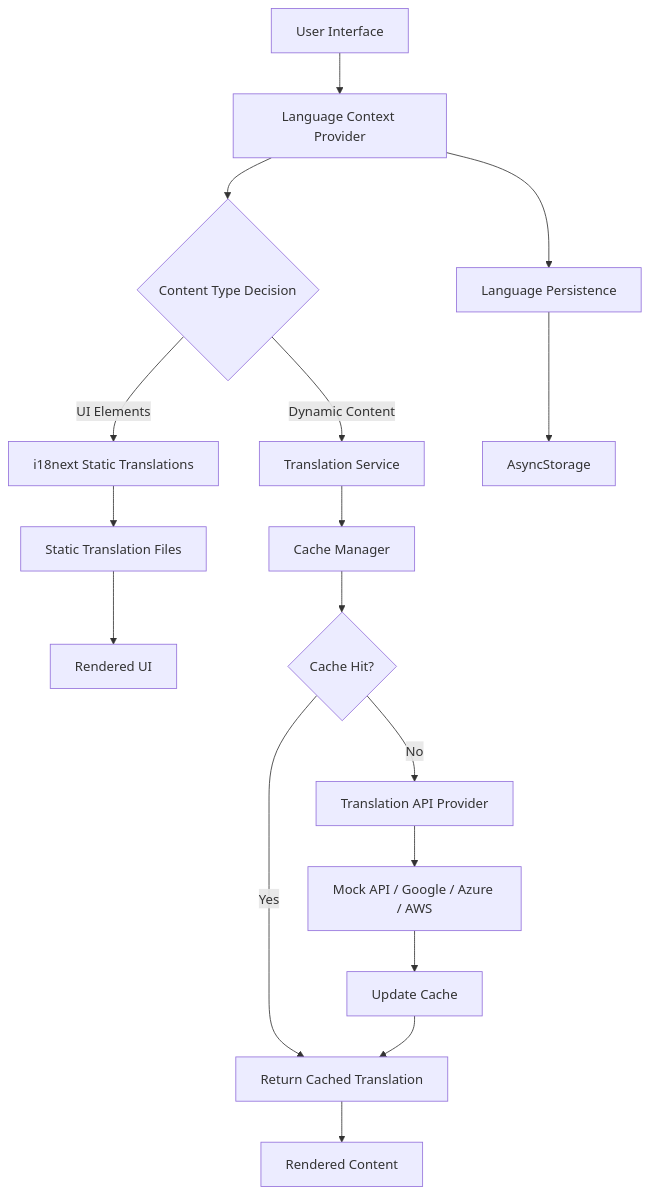
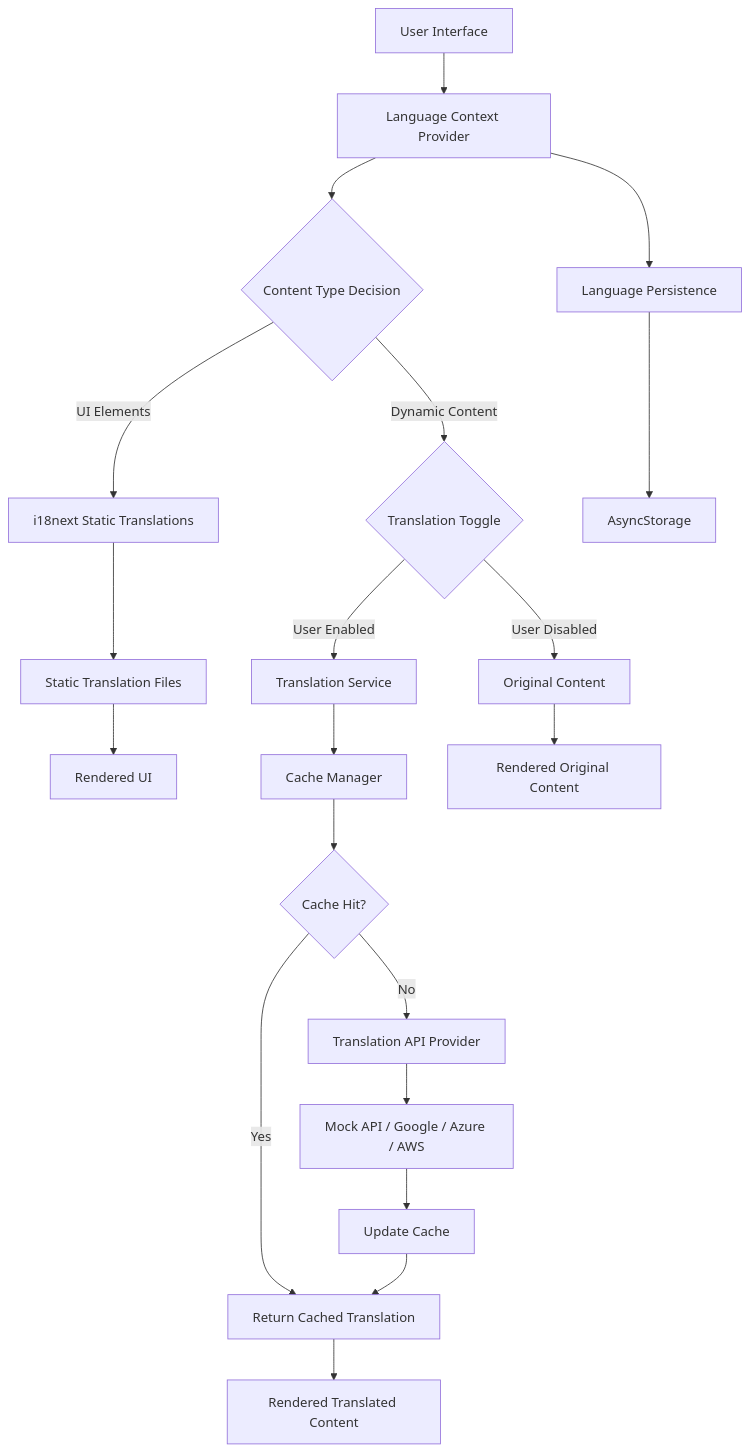
One commit to LuochuanYi/CurioApp changed the first of 2 diagrams in TRANSLATION_GUIDE.md. Above: the diagram before and after it, drawn with Mermaid. The commit also changed other lines of this file and 23 other files, not shown here.

````diff
--- a/TRANSLATION_GUIDE.md
+++ b/TRANSLATION_GUIDE.md
@@ -41,24 +43,28 @@
 ```mermaid
 graph TB
     A[User Interface] --> B[Language Context Provider]
     B --> C{Content Type Decision}
     
     C -->|UI Elements| D[i18next Static Translations]
-    C -->|Dynamic Content| E[Translation Service]
+    C -->|Dynamic Content| E{Translation Toggle}
     
     D --> F[Static Translation Files]
     F --> G[Rendered UI]
     
-    E --> H[Cache Manager]
-    H --> I{Cache Hit?}
-    I -->|Yes| J[Return Cached Translation]
-    I -->|No| K[Translation API Provider]
+    E -->|User Enabled| H[Translation Service]
+    E -->|User Disabled| P[Original Content]
     
-    K --> L[Mock API / Google / Azure / AWS]
-    L --> M[Update Cache]
-    M --> J
-    J --> N[Rendered Content]
+    H --> I[Cache Manager]
+    I --> J{Cache Hit?}
+    J -->|Yes| K[Return Cached Translation]
+    J -->|No| L[Translation API Provider]
     
-    B --> O[Language Persistence]
-    O --> P[AsyncStorage]
+    L --> M[Mock API / Google / Azure / AWS]
+    M --> N[Update Cache]
+    N --> K
+    K --> O[Rendered Translated Content]
+    P --> Q[Rendered Original Content]
+    
+    B --> R[Language Persistence]
+    R --> S[AsyncStorage]
 ```
````
